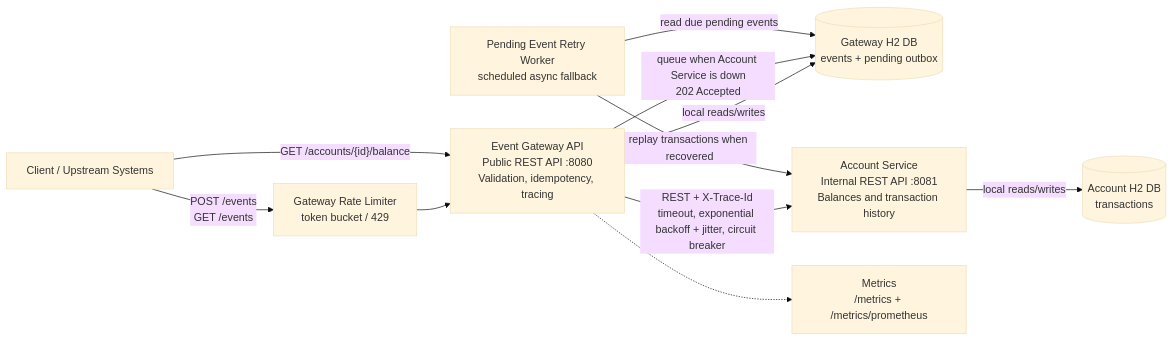
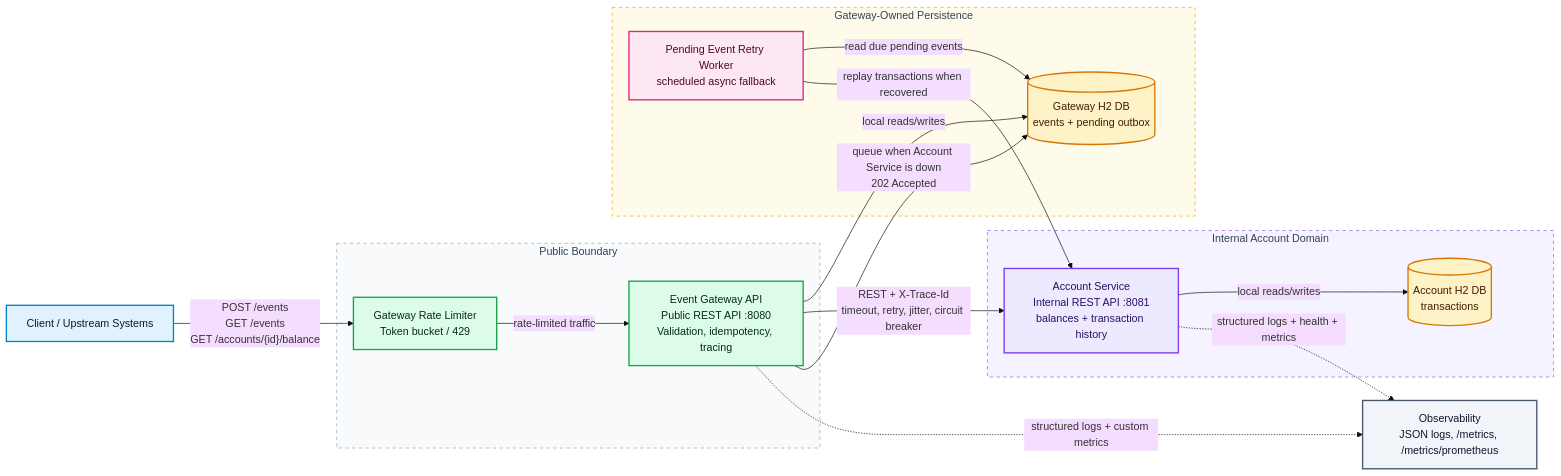
The diagram in README.md (aerugu/Charles_Schwab), drawn with Mermaid (base theme) before and after one commit.

Commit message:
Enhance README architecture diagram

````diff
--- a/README.md
+++ b/README.md
@@ -7,22 +7,50 @@
 ```mermaid
 flowchart LR
     client["Client / Upstream Systems"]
-    limiter["Gateway Rate Limiter<br/>token bucket / 429"]
-    gateway["Event Gateway API<br/>Public REST API :8080<br/>Validation, idempotency, tracing"]
-    gatewayDb[("Gateway H2 DB<br/>events + pending outbox")]
-    retry["Pending Event Retry Worker<br/>scheduled async fallback"]
-    account["Account Service<br/>Internal REST API :8081<br/>Balances and transaction history"]
-    accountDb[("Account H2 DB<br/>transactions")]
-    metrics["Metrics<br/>/metrics + /metrics/prometheus"]
 
-    client -->|"POST /events<br/>GET /events"| limiter
-    limiter --> gateway
+    subgraph edge["Public Boundary"]
+        limiter["Gateway Rate Limiter<br/>Token bucket / 429"]
+        gateway["Event Gateway API<br/>Public REST API :8080<br/>Validation, idempotency, tracing"]
+    end
+
+    subgraph gatewayStore["Gateway-Owned Persistence"]
+        gatewayDb[("Gateway H2 DB<br/>events + pending outbox")]
+        retry["Pending Event Retry Worker<br/>scheduled async fallback"]
+    end
+
+    subgraph internal["Internal Account Domain"]
+        account["Account Service<br/>Internal REST API :8081<br/>balances + transaction history"]
+        accountDb[("Account H2 DB<br/>transactions")]
+    end
+
+    metrics["Observability<br/>JSON logs, /metrics, /metrics/prometheus"]
+
+    client -->|"POST /events<br/>GET /events<br/>GET /accounts/{id}/balance"| limiter
+    limiter -->|"rate-limited traffic"| gateway
     gateway -->|"local reads/writes"| gatewayDb
-    gateway -->|"REST + X-Trace-Id<br/>timeout, exponential backoff + jitter, circuit breaker"| account
+    gateway -->|"REST + X-Trace-Id<br/>timeout, retry, jitter, circuit breaker"| account
     gateway -->|"queue when Account Service is down<br/>202 Accepted"| gatewayDb
     retry -->|"read due pending events"| gatewayDb
     retry -->|"replay transactions when recovered"| account
     account -->|"local reads/writes"| accountDb
-    client -->|"GET /accounts/{id}/balance"| gateway
-    gateway -.-> metrics
+    gateway -.->|"structured logs + custom metrics"| metrics
+    account -.->|"structured logs + health + metrics"| metrics
+
+    classDef client fill:#E0F2FE,stroke:#0284C7,color:#0F172A,stroke-width:2px;
+    classDef gateway fill:#DCFCE7,stroke:#16A34A,color:#052E16,stroke-width:2px;
+    classDef persistence fill:#FEF3C7,stroke:#D97706,color:#451A03,stroke-width:2px;
+    classDef worker fill:#FCE7F3,stroke:#DB2777,color:#500724,stroke-width:2px;
+    classDef service fill:#EDE9FE,stroke:#7C3AED,color:#2E1065,stroke-width:2px;
+    classDef observability fill:#F1F5F9,stroke:#475569,color:#0F172A,stroke-width:2px;
+
+    class client client;
+    class limiter,gateway gateway;
+    class gatewayDb,accountDb persistence;
+    class retry worker;
+    class account service;
+    class metrics observability;
+
+    style edge fill:#F8FAFC,stroke:#94A3B8,color:#334155,stroke-width:1px,stroke-dasharray: 5 5;
+    style gatewayStore fill:#FFFBEB,stroke:#F59E0B,color:#334155,stroke-width:1px,stroke-dasharray: 5 5;
+    style internal fill:#F5F3FF,stroke:#8B5CF6,color:#334155,stroke-width:1px,stroke-dasharray: 5 5;
 ```
````
